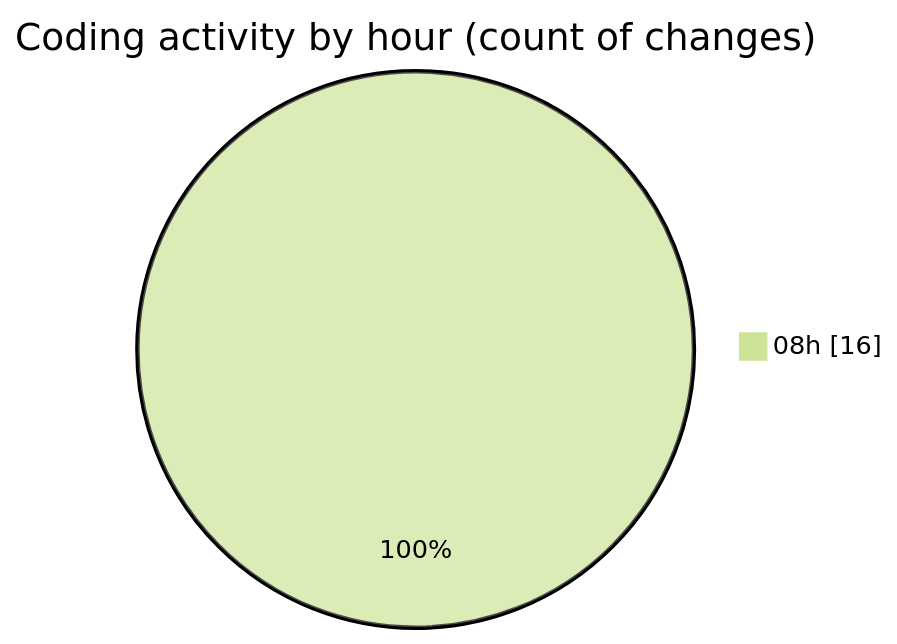
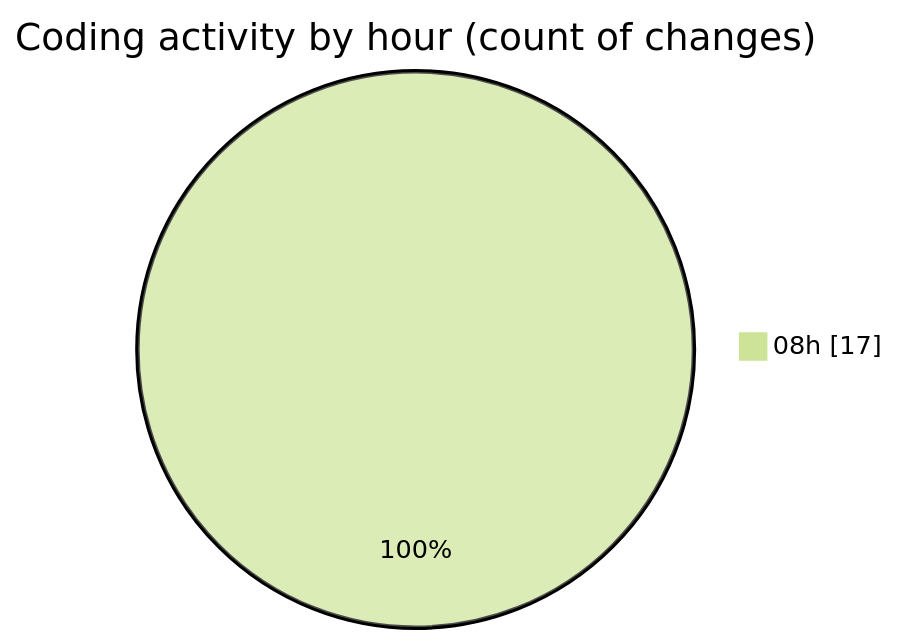
Before and after one commit to vahidmafi/code-tracking: the second of 2 diagrams in 2025-09-13/shop/README.md, drawn with Mermaid (forest theme). The commit also changed other lines of this file and 1 other file, not shown here.

````diff
--- a/2025-09-13/shop/README.md
+++ b/2025-09-13/shop/README.md
@@ -35,5 +35,5 @@
 ```mermaid
 pie showData
 title Coding activity by hour (count of changes)
-"08h" : 16
+"08h" : 17
 ```
````
